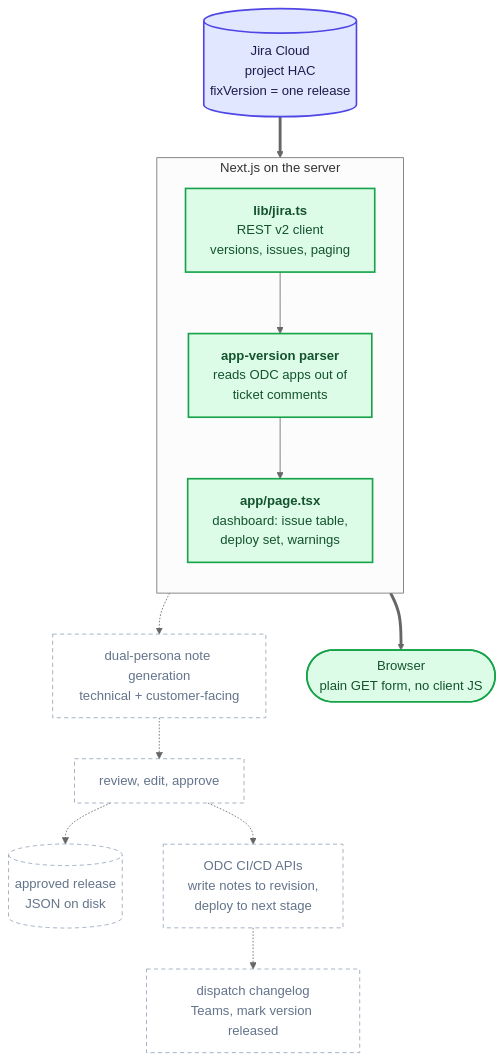
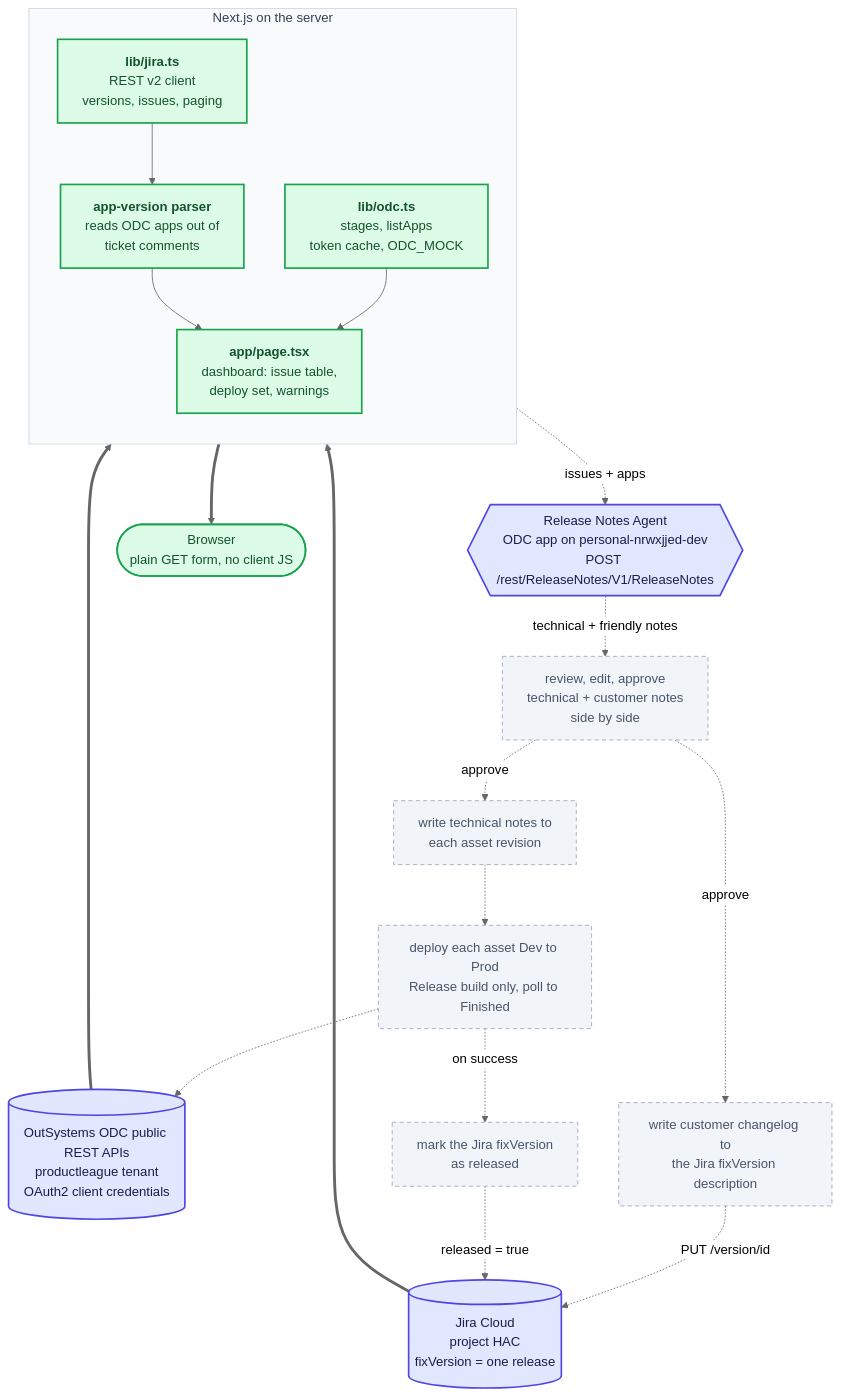
One commit to RickProductLeague/jira-releaser changed the first of 2 diagrams in pm/architecture.md. Above: the diagram before and after it, drawn with Mermaid (neutral theme). The commit also changed other lines of this file and 12 other files, not shown here.

````diff
--- a/pm/architecture.md
+++ b/pm/architecture.md
@@ -10,36 +12,48 @@
 ```mermaid
 flowchart TB
     Jira[("Jira Cloud<br/>project HAC<br/>fixVersion = one release")]
+    OdcApi[("OutSystems ODC public REST APIs<br/>productleague tenant<br/>OAuth2 client credentials")]
+    Agent{{"Release Notes Agent<br/>ODC app on personal-nrwxjjed-dev<br/>POST /rest/ReleaseNotes/V1/ReleaseNotes"}}
 
     subgraph server["Next.js on the server"]
         direction TB
         Client["<b>lib/jira.ts</b><br/>REST v2 client<br/>versions, issues, paging"]
         Parse["<b>app-version parser</b><br/>reads ODC apps out of<br/>ticket comments"]
+        Odc["<b>lib/odc.ts</b><br/>stages, listApps<br/>token cache, ODC_MOCK"]
         Dash["<b>app/page.tsx</b><br/>dashboard: issue table,<br/>deploy set, warnings"]
         Client --> Parse --> Dash
+        Odc --> Dash
     end
 
-    Notes["dual-persona note generation<br/>technical + customer-facing"]
-    Review["review, edit, approve"]
-    Store[("approved release<br/>JSON on disk")]
-    ODC["ODC CI/CD APIs<br/>write notes to revision,<br/>deploy to next stage"]
-    Dispatch["dispatch changelog<br/>Teams, mark version released"]
+    Review["review, edit, approve<br/>technical + customer notes<br/>side by side"]
+    WriteNotes["write technical notes to<br/>each asset revision"]
+    Changelog["write customer changelog to<br/>the Jira fixVersion description"]
+    Deploy["deploy each asset Dev to Prod<br/>Release build only, poll to Finished"]
+    MarkReleased["mark the Jira fixVersion<br/>as released"]
 
     Jira ==> Client
-    Dash -.-> Notes
-    Notes -.-> Review
-    Review -.-> Store
-    Review -.-> ODC
-    ODC -.-> Dispatch
+    OdcApi ==> Odc
+
+    Dash -. "issues + apps" .-> Agent
+    Agent -. "technical + friendly notes" .-> Review
+    Review -. "approve" .-> WriteNotes
+    Review -. "approve" .-> Changelog
+    WriteNotes -.-> Deploy
+    Changelog -. "PUT /version/id" .-> Jira
+    Deploy -.-> OdcApi
+    Deploy -. "on success" .-> MarkReleased
+    MarkReleased -. "released = true" .-> Jira
 
     Browser(["Browser<br/>plain GET form, no client JS"])
     Dash ==> Browser
 
     classDef built fill:#dcfce7,stroke:#16a34a,stroke-width:2px,color:#14532d
-    classDef todo fill:transparent,stroke:#94a3b8,stroke-width:1px,stroke-dasharray:5 4,color:#64748b
+    classDef todo fill:#f1f5f9,stroke:#94a3b8,stroke-width:1px,stroke-dasharray:5 4,color:#475569
     classDef ext fill:#e0e7ff,stroke:#4f46e5,stroke-width:2px,color:#1e1b4b
 
-    class Client,Parse,Dash,Browser built
-    class Notes,Review,Store,ODC,Dispatch todo
-    class Jira ext
+    style server fill:#f8fafc,stroke:#cbd5e1,stroke-width:1px,color:#334155
+
+    class Client,Parse,Odc,Dash,Browser built
+    class Review,WriteNotes,Changelog,Deploy,MarkReleased todo
+    class Jira,OdcApi,Agent ext
 ```
````
